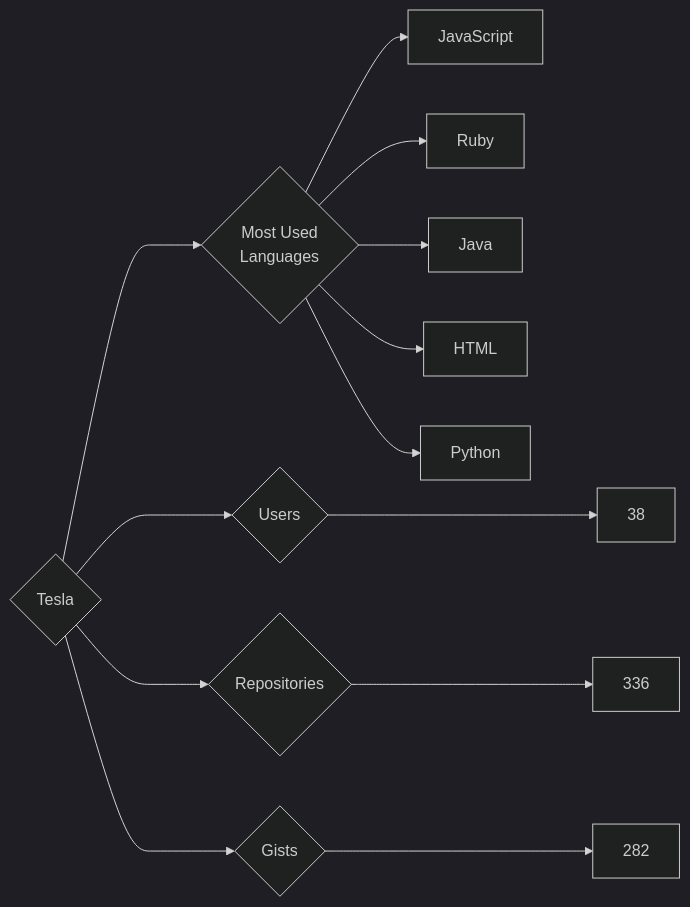
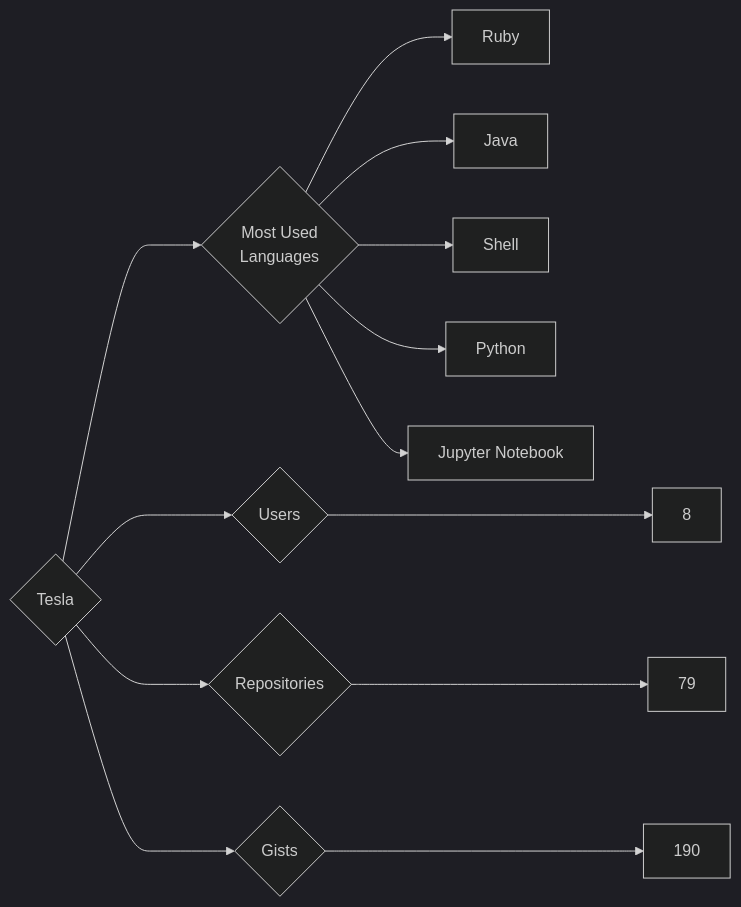
One commit to trickest/insiders changed the diagram in targets/Tesla/README.md. Above: the diagram before and after it, drawn with Mermaid (dark theme). The commit also changed 912 other files, not shown here.

````diff
--- a/targets/Tesla/README.md
+++ b/targets/Tesla/README.md
@@ -3,13 +3,13 @@
 ```mermaid
 graph LR
 COMPANY_NAME{Tesla}
-COMPANY_NAME ---> U{Users} ---> UN[38]
-COMPANY_NAME ---> R{Repositories} ---> RN[336]
-COMPANY_NAME ---> G{Gists} ---> GN[282]
+COMPANY_NAME ---> U{Users} ---> UN[8]
+COMPANY_NAME ---> R{Repositories} ---> RN[79]
+COMPANY_NAME ---> G{Gists} ---> GN[190]
 COMPANY_NAME ---> ML{Most Used<br>Languages}
-ML --> JavaScript[JavaScript]
 ML --> Ruby[Ruby]
 ML --> Java[Java]
-ML --> HTML[HTML]
+ML --> Shell[Shell]
 ML --> Python[Python]
+ML --> Jupyter_Notebook[Jupyter Notebook]
 ```
````
